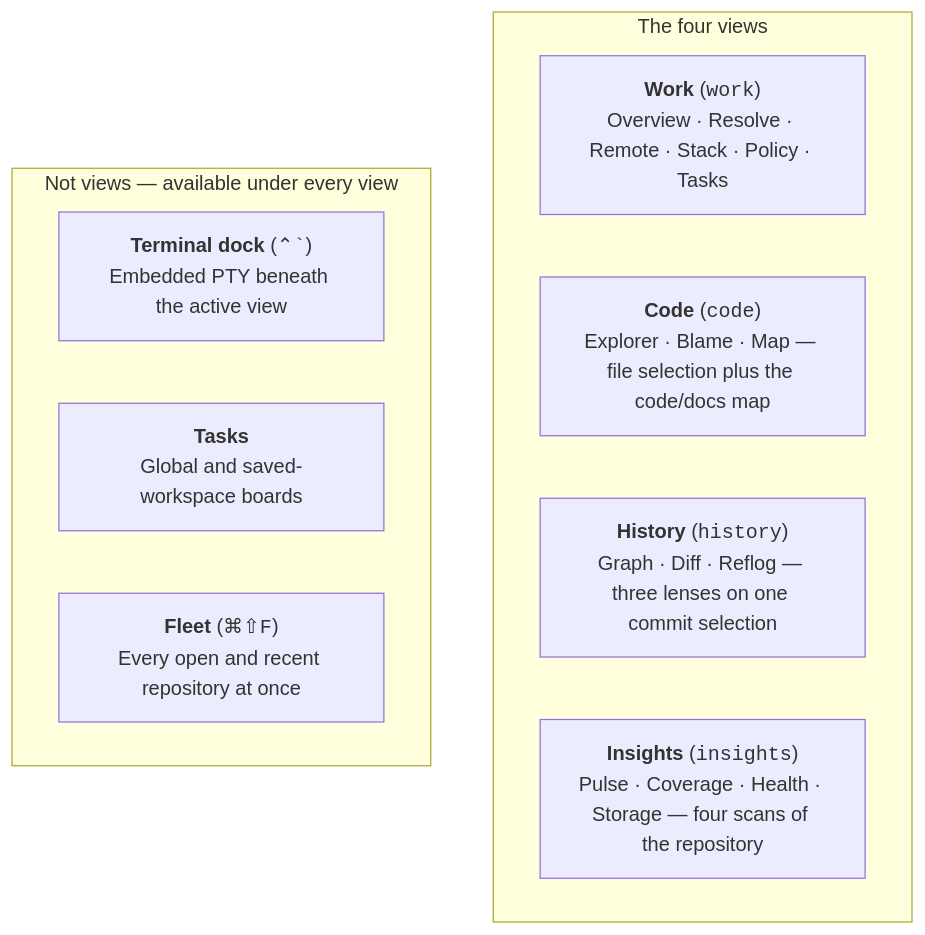
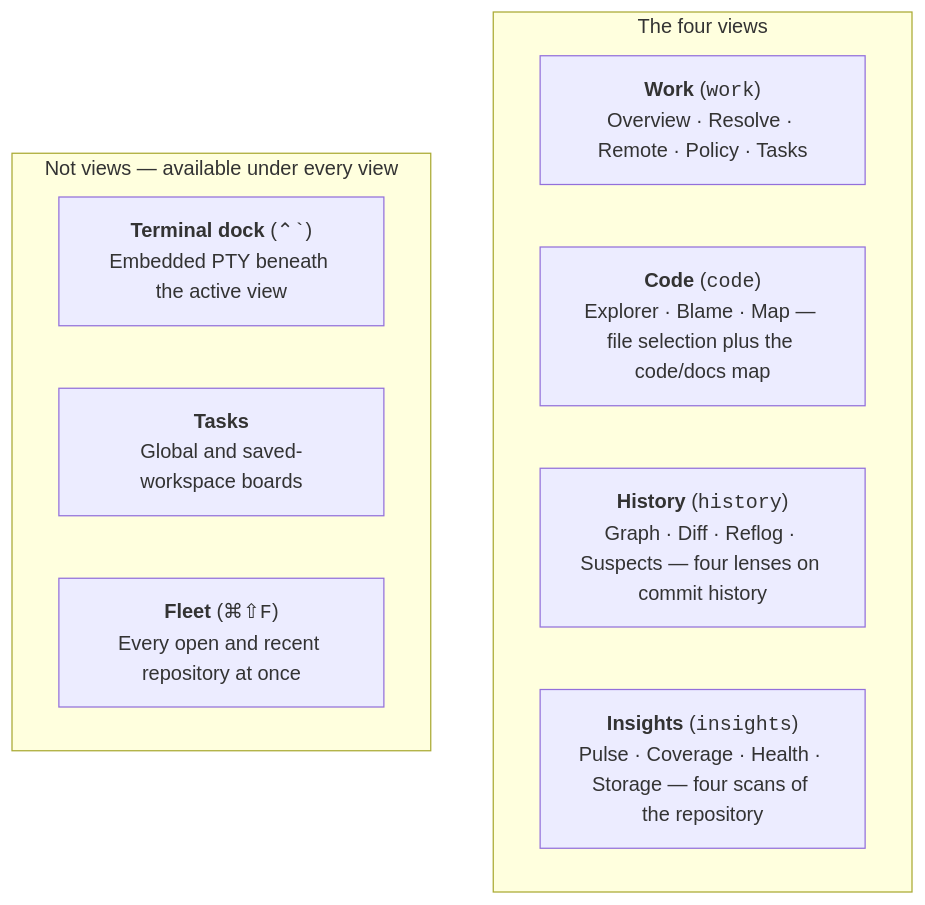
One commit to bharathvbcr/GitPulse changed the first of 2 diagrams in docs/FEATURES.md. Above: the diagram before and after it, drawn with Mermaid. The commit also changed other lines of this file and 9 other files, not shown here.

````diff
--- a/docs/FEATURES.md
+++ b/docs/FEATURES.md
@@ -37,15 +37,15 @@
 ```mermaid
 flowchart TD
     subgraph ViewGroup["The four views"]
-        Work["<b>Work</b> (<code>work</code>)<br/>Overview · Resolve · Remote · Stack · Policy · Tasks"]
+        Work["<b>Work</b> (<code>work</code>)<br/>Overview · Resolve · Remote · Policy · Tasks"]
         Code["<b>Code</b> (<code>code</code>)<br/>Explorer · Blame · Map — file selection plus the code/docs map"]
-        History["<b>History</b> (<code>history</code>)<br/>Graph · Diff · Reflog — three lenses on one commit selection"]
+        History["<b>History</b> (<code>history</code>)<br/>Graph · Diff · Reflog · Suspects — four lenses on commit history"]
         Insights["<b>Insights</b> (<code>insights</code>)<br/>Pulse · Coverage · Health · Storage — four scans of the repository"]
     end
 
     subgraph NotViews["Not views — available under every view"]
         Terminal["<b>Terminal dock</b> (<code>⌃`</code>)<br/>Embedded PTY beneath the active view"]
         Tasks["<b>Tasks</b><br/>Global and saved-workspace boards"]
         Fleet["<b>Fleet</b> (<code>⌘⇧F</code>)<br/>Every open and recent repository at once"]
     end
 ```
````
